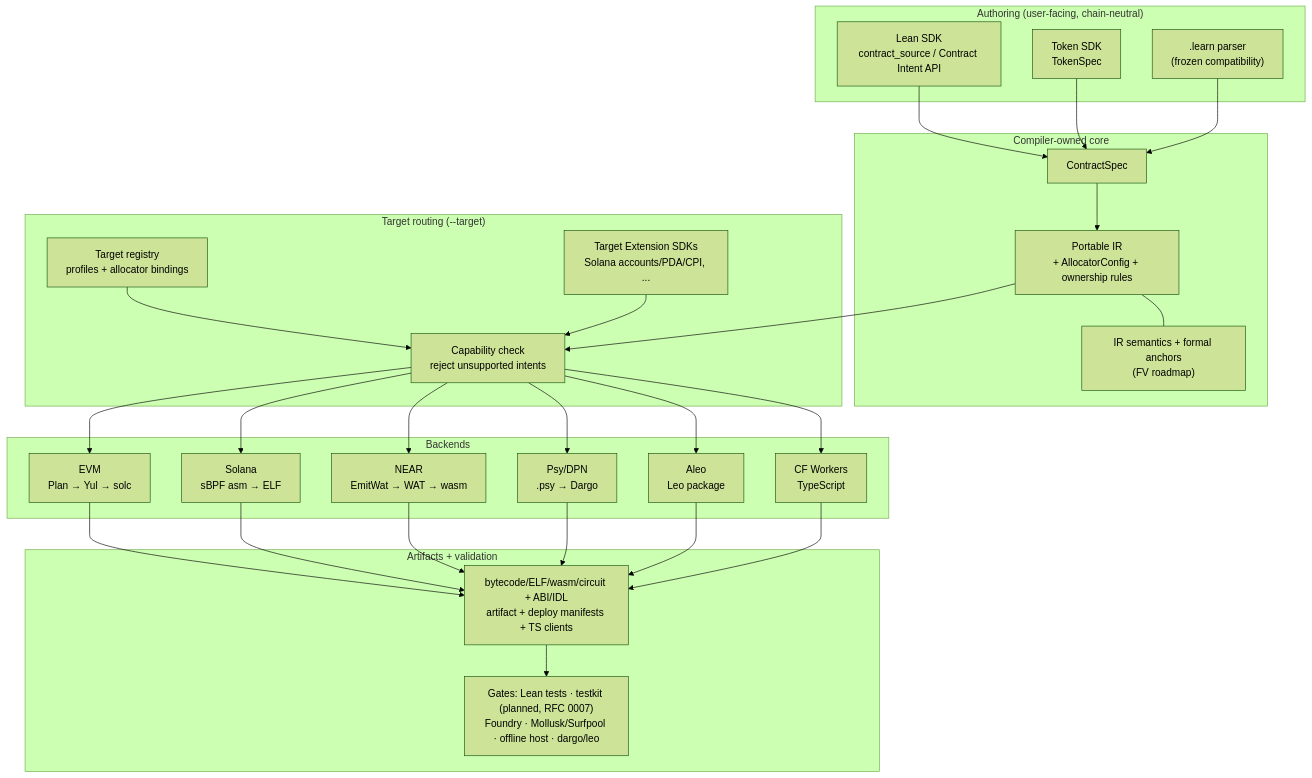
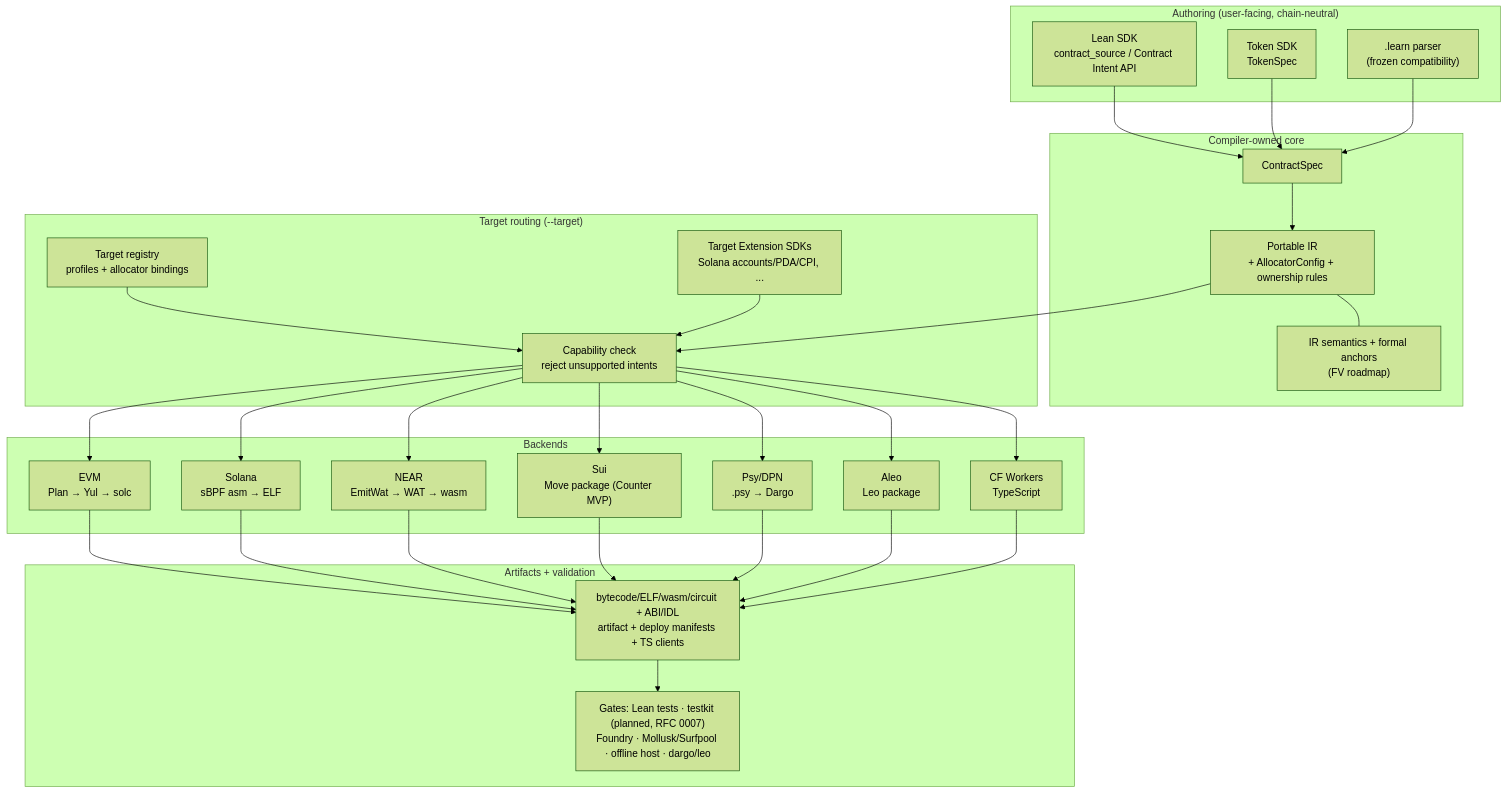
One commit to yizhinailong/proof_forge changed the diagram in README.md. Above: the diagram before and after it, drawn with Mermaid (forest theme). The commit also changed other lines of this file and 39 other files, not shown here.

````diff
--- a/README.md
+++ b/README.md
@@ -95,46 +102,47 @@
 ```mermaid
 flowchart TB
   subgraph authoring ["Authoring (user-facing, chain-neutral)"]
     SDK["Lean SDK<br/>contract_source / Contract Intent API"]
     TOK["Token SDK<br/>TokenSpec"]
     LEARN[".learn parser<br/>(frozen compatibility)"]
   end
 
   subgraph core ["Compiler-owned core"]
     SPEC["ContractSpec"]
     IR["Portable IR<br/>+ AllocatorConfig + ownership rules"]
     SEM["IR semantics + formal anchors<br/>(FV roadmap)"]
   end
 
   subgraph routing ["Target routing (--target)"]
     REG["Target registry<br/>profiles + allocator bindings"]
     CAP["Capability check<br/>reject unsupported intents"]
     EXT["Target Extension SDKs<br/>Solana accounts/PDA/CPI, ..."]
   end
 
   subgraph backends ["Backends"]
     EVM["EVM<br/>Plan → Yul → solc"]
     SOL["Solana<br/>sBPF asm → ELF"]
     NEAR["NEAR<br/>EmitWat → WAT → wasm"]
+    SUI["Sui<br/>Move package (Counter MVP)"]
     PSY["Psy/DPN<br/>.psy → Dargo"]
     ALEO["Aleo<br/>Leo package"]
     CFW["CF Workers<br/>TypeScript"]
   end
 
   subgraph artifacts ["Artifacts + validation"]
     ART["bytecode/ELF/wasm/circuit + ABI/IDL<br/>artifact + deploy manifests + TS clients"]
     GATES["Gates: Lean tests · testkit (planned, RFC 0007)<br/>Foundry · Mollusk/Surfpool · offline host · dargo/leo"]
   end
 
   SDK --> SPEC
   TOK --> SPEC
   LEARN --> SPEC
   SPEC --> IR
   IR --- SEM
   IR --> CAP
   REG --> CAP
   EXT --> CAP
-  CAP --> EVM & SOL & NEAR & PSY & ALEO & CFW
-  EVM & SOL & NEAR & PSY & ALEO & CFW --> ART
+  CAP --> EVM & SOL & NEAR & SUI & PSY & ALEO & CFW
+  EVM & SOL & NEAR & SUI & PSY & ALEO & CFW --> ART
   ART --> GATES
 ```
````
